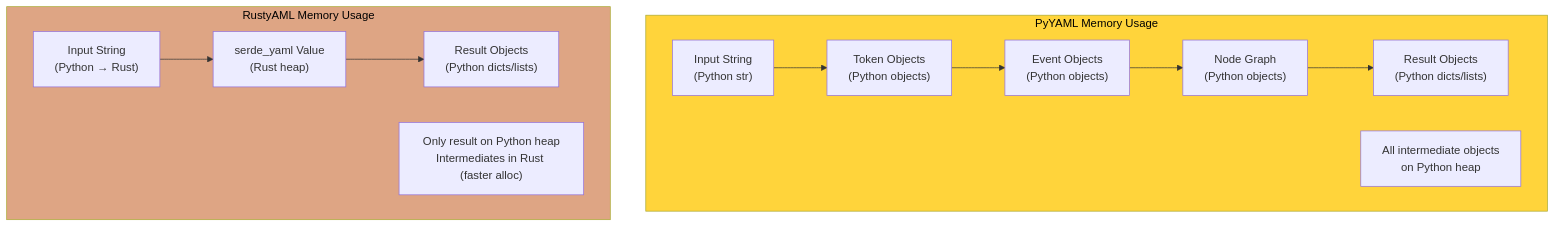
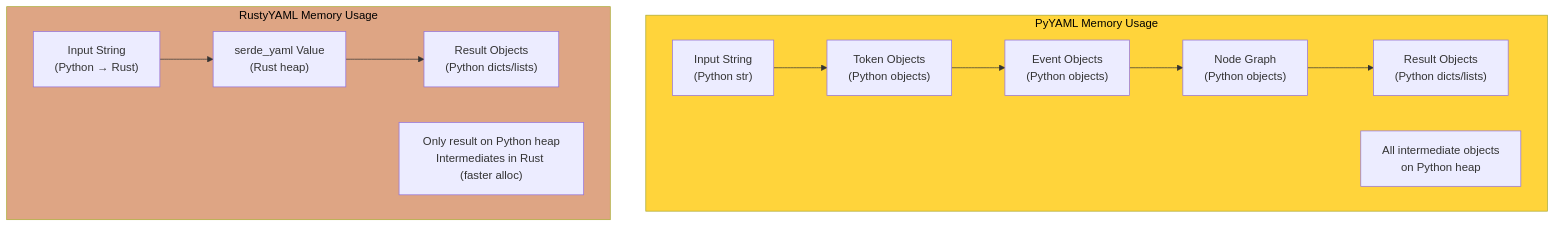
One commit to beelal-k/rustyyaml changed diagram 11 of 18 in docs/ARCHITECTURE.md. Above: the diagram before and after it, drawn with Mermaid. The commit also changed other lines of this file and 14 other files, not shown here.

````diff
--- a/docs/ARCHITECTURE.md
+++ b/docs/ARCHITECTURE.md
@@ -381,31 +381,31 @@
 ```mermaid
 flowchart TB
     subgraph PyYAML_Mem["PyYAML Memory Usage"]
         PY_Input["Input String<br/>(Python str)"]
         PY_Tokens["Token Objects<br/>(Python objects)"]
         PY_Events["Event Objects<br/>(Python objects)"]
         PY_Nodes["Node Graph<br/>(Python objects)"]
         PY_Result["Result Objects<br/>(Python dicts/lists)"]
         
         PY_Input --> PY_Tokens
         PY_Tokens --> PY_Events
         PY_Events --> PY_Nodes
         PY_Nodes --> PY_Result
         
         PY_Note["All intermediate objects<br/>on Python heap"]
     end
     
-    subgraph Rusty_Mem["RustyAML Memory Usage"]
+    subgraph Rusty_Mem["RustyYAML Memory Usage"]
         R_Input["Input String<br/>(Python → Rust)"]
         R_Parse["serde_yaml Value<br/>(Rust heap)"]
         R_Result["Result Objects<br/>(Python dicts/lists)"]
         
         R_Input --> R_Parse
         R_Parse --> R_Result
         
         R_Note["Only result on Python heap<br/>Intermediates in Rust (faster alloc)"]
     end
     
     style PyYAML_Mem fill:#ffd43b,color:#000
     style Rusty_Mem fill:#dea584,color:#000
 ```
````
